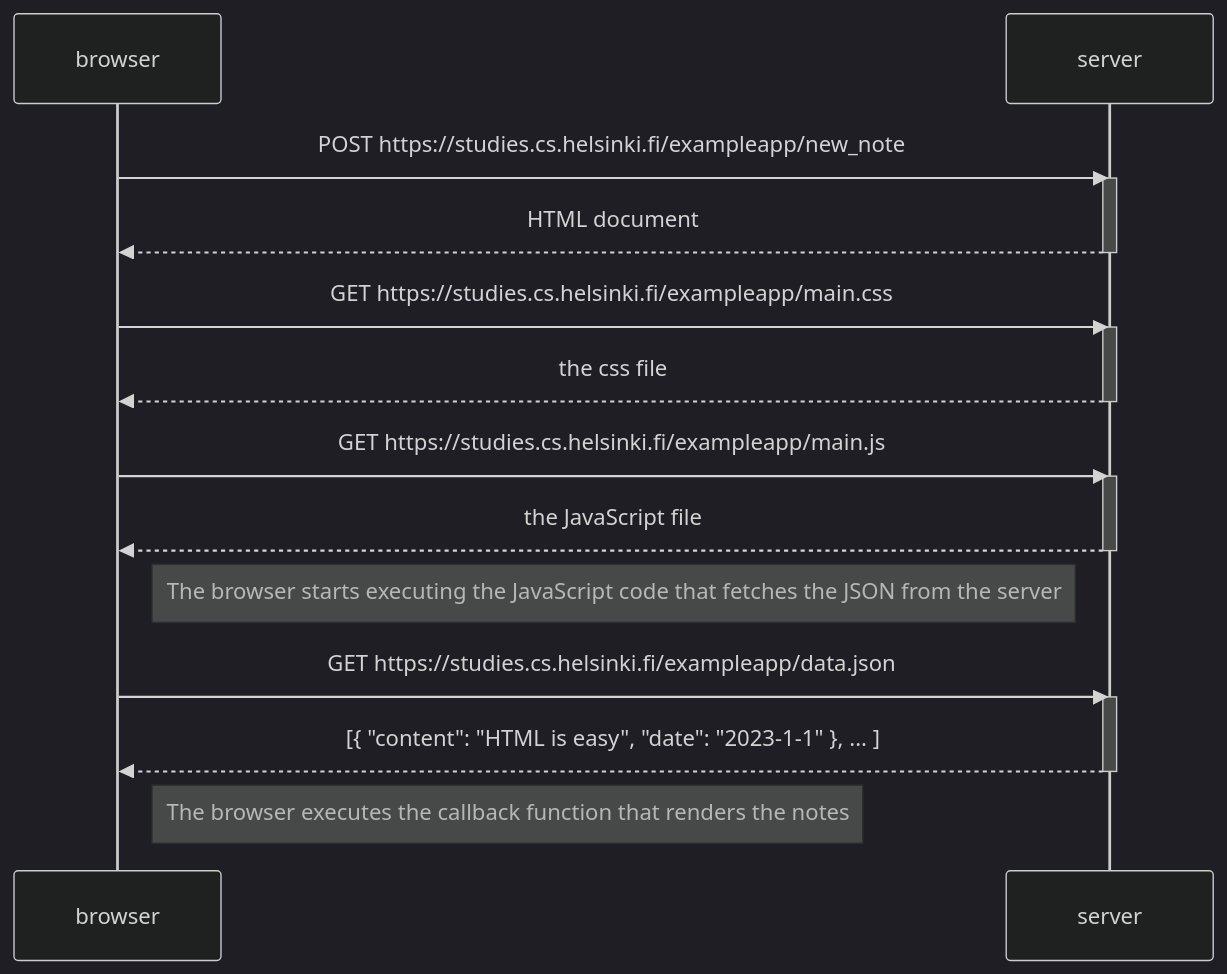
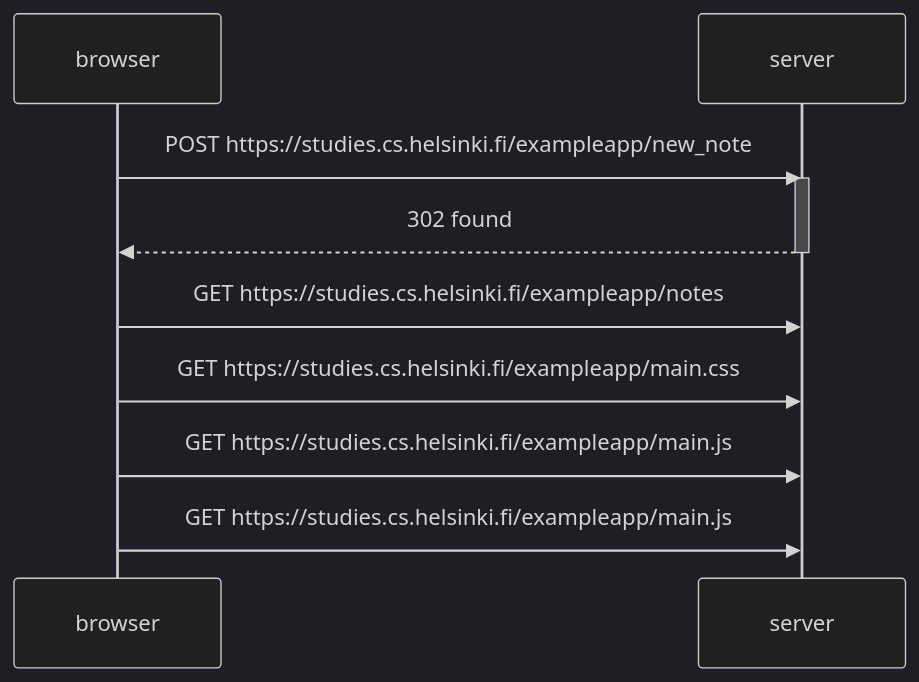
One commit to cameron-cruse/fullstackopen changed the diagram in part0/04.md. Above: the diagram before and after it, drawn with Mermaid (dark theme).

Commit message:
finish diagram

````diff
--- a/part0/04.md
+++ b/part0/04.md
@@ -1,29 +1,19 @@
 ```mermaid
 sequenceDiagram
 participant browser
 participant server
 
     browser->>server: POST https://studies.cs.helsinki.fi/exampleapp/new_note
     activate server
-    server-->>browser: HTML document
+    server-->>browser: 302 found
     deactivate server
 
+    browser->>server: GET https://studies.cs.helsinki.fi/exampleapp/notes
+
     browser->>server: GET https://studies.cs.helsinki.fi/exampleapp/main.css
-    activate server
-    server-->>browser: the css file
-    deactivate server
 
     browser->>server: GET https://studies.cs.helsinki.fi/exampleapp/main.js
-    activate server
-    server-->>browser: the JavaScript file
-    deactivate server
 
-    Note right of browser: The browser starts executing the JavaScript code that fetches the JSON from the server
+    browser->>server: GET https://studies.cs.helsinki.fi/exampleapp/main.js
 
-    browser->>server: GET https://studies.cs.helsinki.fi/exampleapp/data.json
-    activate server
-    server-->>browser: [{ "content": "HTML is easy", "date": "2023-1-1" }, ... ]
-    deactivate server
-
-    Note right of browser: The browser executes the callback function that renders the notes
 ```
````
